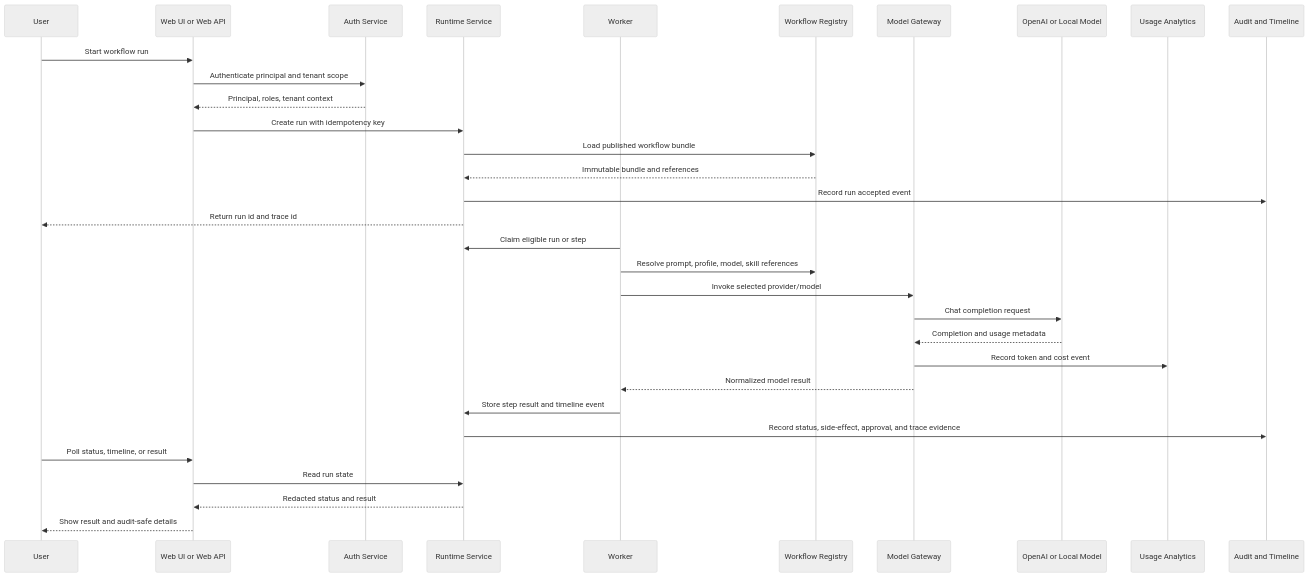
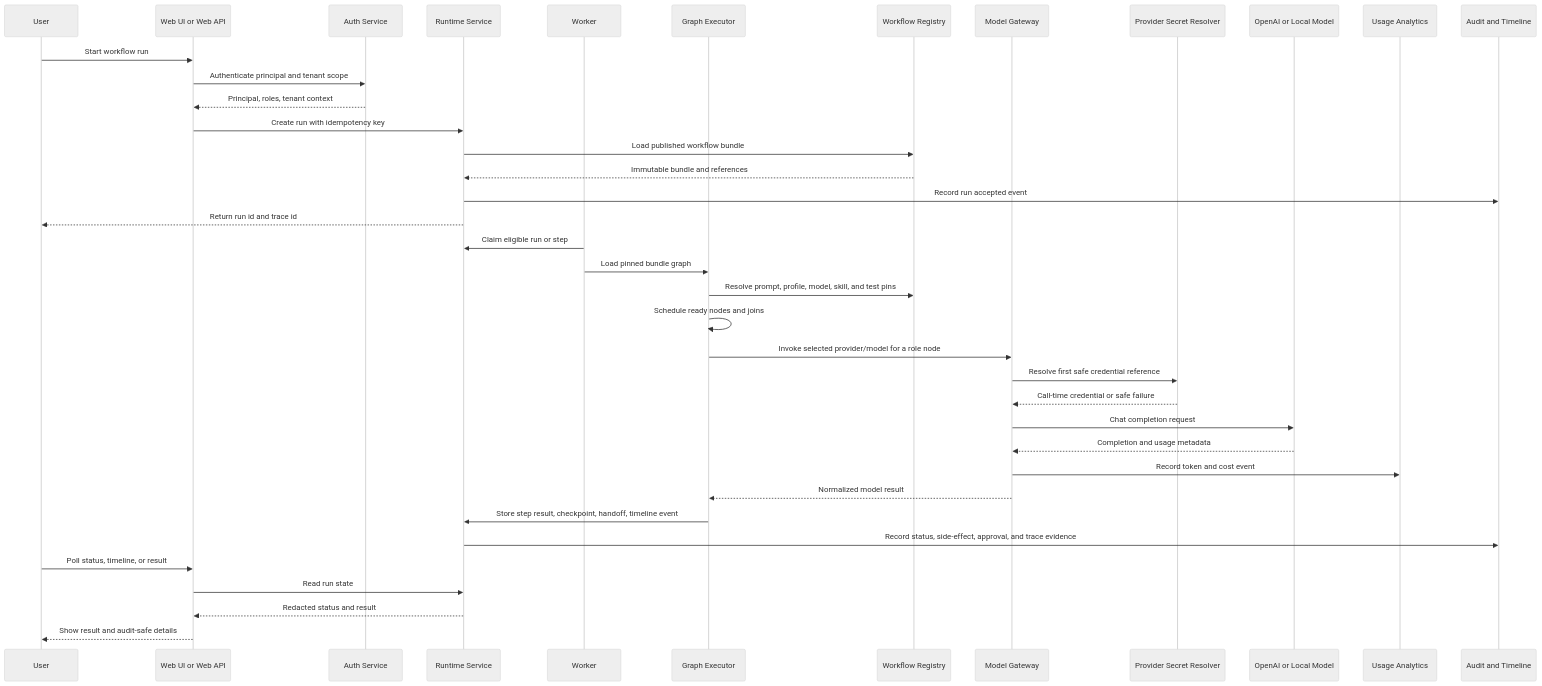
Before and after one commit to scott5252/multi-agent: the second of 9 diagrams in user_guide.md, drawn with Mermaid (neutral theme). The commit also changed other lines of this file and 6 other files, not shown here.

````diff
--- a/user_guide.md
+++ b/user_guide.md
@@ -1796,35 +2067,41 @@
 ```mermaid
 sequenceDiagram
     participant User
     participant Web as Web UI or Web API
     participant Auth as Auth Service
     participant Runtime as Runtime Service
     participant Worker
+    participant Graph as Graph Executor
     participant Registry as Workflow Registry
     participant Gateway as Model Gateway
+    participant Secrets as Provider Secret Resolver
     participant LLM as OpenAI or Local Model
     participant Usage as Usage Analytics
     participant Audit as Audit and Timeline
 
     User->>Web: Start workflow run
     Web->>Auth: Authenticate principal and tenant scope
     Auth-->>Web: Principal, roles, tenant context
     Web->>Runtime: Create run with idempotency key
     Runtime->>Registry: Load published workflow bundle
     Registry-->>Runtime: Immutable bundle and references
     Runtime->>Audit: Record run accepted event
     Runtime-->>User: Return run id and trace id
     Worker->>Runtime: Claim eligible run or step
-    Worker->>Registry: Resolve prompt, profile, model, skill references
-    Worker->>Gateway: Invoke selected provider/model
+    Worker->>Graph: Load pinned bundle graph
+    Graph->>Registry: Resolve prompt, profile, model, skill, and test pins
+    Graph->>Graph: Schedule ready nodes and joins
+    Graph->>Gateway: Invoke selected provider/model for a role node
+    Gateway->>Secrets: Resolve first safe credential reference
+    Secrets-->>Gateway: Call-time credential or safe failure
     Gateway->>LLM: Chat completion request
     LLM-->>Gateway: Completion and usage metadata
     Gateway->>Usage: Record token and cost event
-    Gateway-->>Worker: Normalized model result
-    Worker->>Runtime: Store step result and timeline event
+    Gateway-->>Graph: Normalized model result
+    Graph->>Runtime: Store step result, checkpoint, handoff, timeline event
     Runtime->>Audit: Record status, side-effect, approval, and trace evidence
     User->>Web: Poll status, timeline, or result
     Web->>Runtime: Read run state
     Runtime-->>Web: Redacted status and result
     Web-->>User: Show result and audit-safe details
 ```
````
